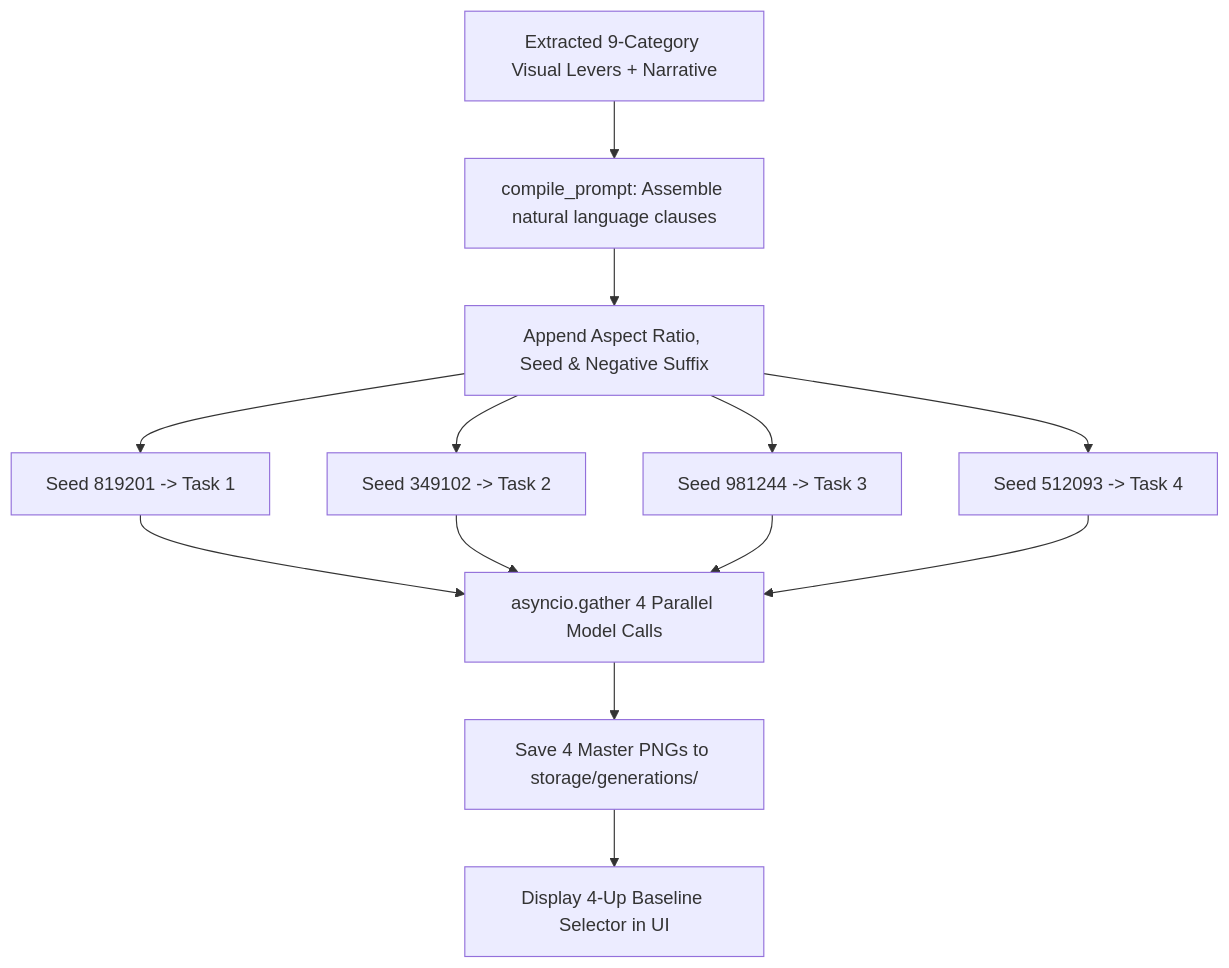
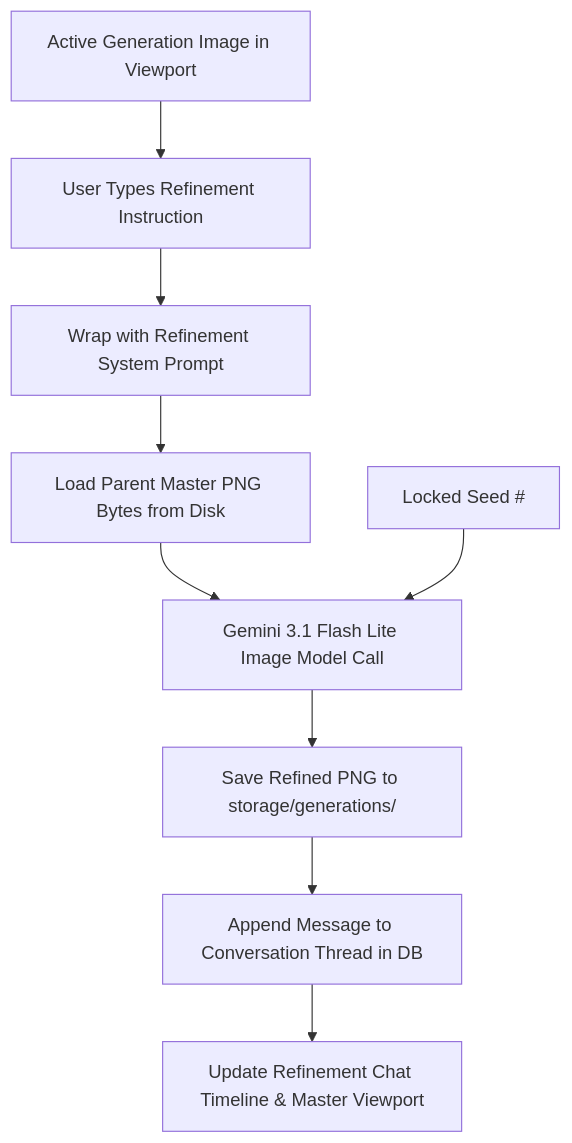
One commit to zacangzz/fashion-art-director changed the diagram in docs/prompting_architecture_and_data_flow_report.md. Above: the diagram before and after it, drawn with Mermaid. The commit also changed other lines of this file and 37 other files, not shown here.

````diff
--- a/docs/prompting_architecture_and_data_flow_report.md
+++ b/docs/prompting_architecture_and_data_flow_report.md
@@ -158,12 +103,11 @@
 ```mermaid
 flowchart TD
-    A[Extracted 9-Category Visual Levers + Narrative] --> B[compile_prompt: Assemble natural language clauses]
-    B --> C[Append Aspect Ratio, Seed & Negative Suffix]
-    C --> D1[Seed 819201 -> Task 1]
-    C --> D2[Seed 349102 -> Task 2]
-    C --> D3[Seed 981244 -> Task 3]
-    C --> D4[Seed 512093 -> Task 4]
-    D1 & D2 & D3 & D4 --> E[asyncio.gather 4 Parallel Model Calls]
-    E --> F[Save 4 Master PNGs to storage/generations/]
-    F --> G[Display 4-Up Baseline Selector in UI]
+    A[Active Generation Image in Viewport] --> B[User Types Refinement Instruction]
+    B --> C[Wrap with Refinement System Prompt]
+    C --> D[Load Parent Master PNG Bytes from Disk]
+    D --> E[Gemini 3.1 Flash Lite Image Model Call]
+    F[Locked Seed #] --> E
+    E --> G[Save Refined PNG to storage/generations/]
+    G --> H[Append Message to Conversation Thread in DB]
+    H --> I[Update Refinement Chat Timeline & Master Viewport]
 ```
````
